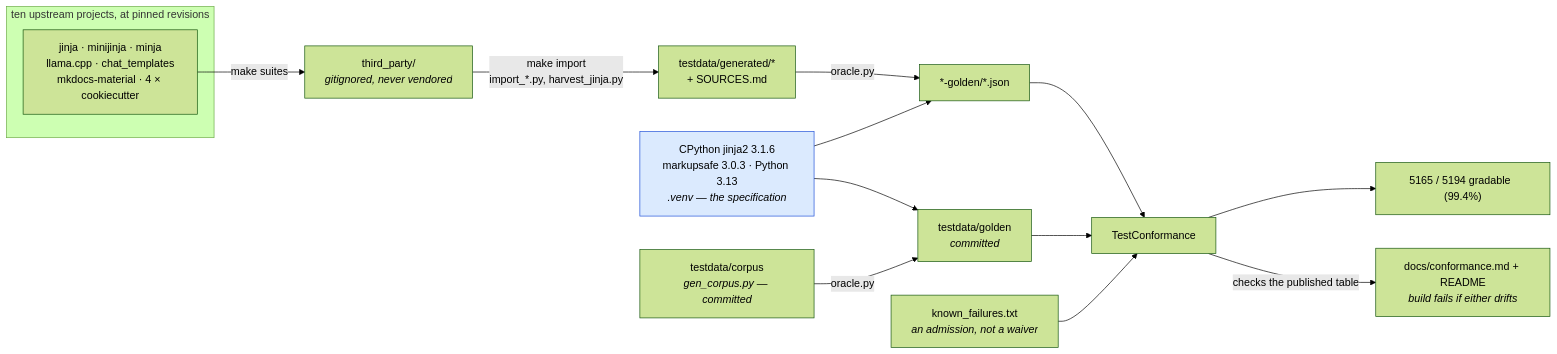
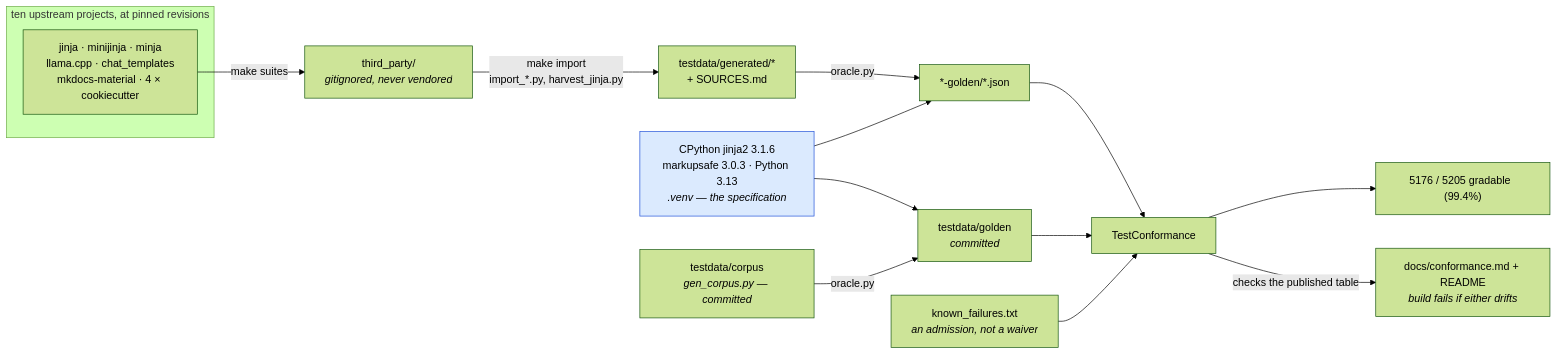
The first of 2 diagrams in docs/conformance.md (mgilbir/gojja2), drawn with Mermaid (forest theme) before and after one commit. The commit also changed other lines of this file and 48 other files, not shown here.

````diff
--- a/docs/conformance.md
+++ b/docs/conformance.md
@@ -17,24 +17,24 @@
 ```mermaid
 flowchart LR
     subgraph up["ten upstream projects, at pinned revisions"]
         U1["jinja · minijinja · minja<br/>llama.cpp · chat_templates<br/>mkdocs-material · 4 × cookiecutter"]
     end
     U1 -->|"make suites"| TP["third_party/<br/><i>gitignored, never vendored</i>"]
     TP -->|"make import<br/>import_*.py, harvest_jinja.py"| GEN["testdata/generated/*<br/>+ SOURCES.md"]
 
     ORA["CPython jinja2 3.1.6<br/>markupsafe 3.0.3 · Python 3.13<br/><i>.venv — the specification</i>"]
     GEN -->|"oracle.py"| G2["*-golden/*.json"]
     ORA --> G2
 
     OWN["testdata/corpus<br/><i>gen_corpus.py — committed</i>"] -->|"oracle.py"| G1["testdata/golden<br/><i>committed</i>"]
     ORA --> G1
 
     G1 --> TC["TestConformance"]
     G2 --> TC
     KF["known_failures.txt<br/><i>an admission, not a waiver</i>"] --> TC
-    TC --> RATE["5165 / 5194 gradable  (99.4%)"]
+    TC --> RATE["5176 / 5205 gradable  (99.4%)"]
     TC -->|"checks the published table"| RM["docs/conformance.md + README<br/><i>build fails if either drifts</i>"]
 
     classDef spec fill:#dbeafe,stroke:#1d4ed8,color:#000
     class ORA spec
 ```
````
